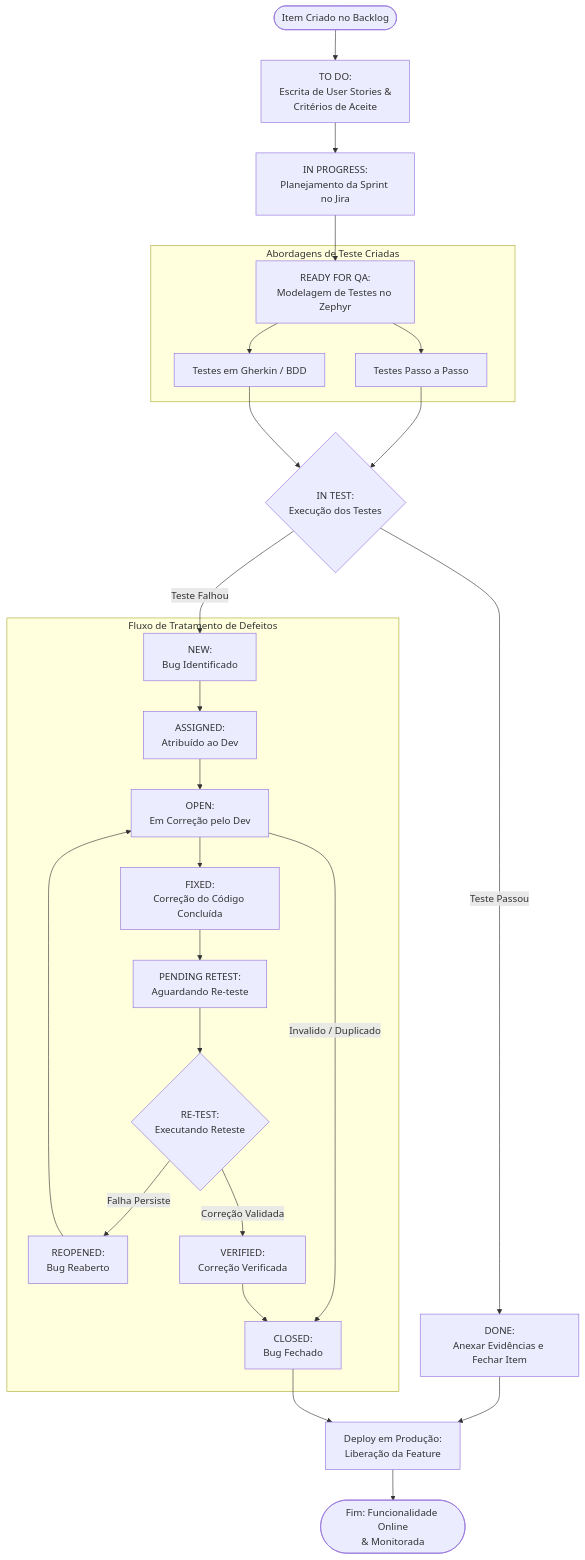
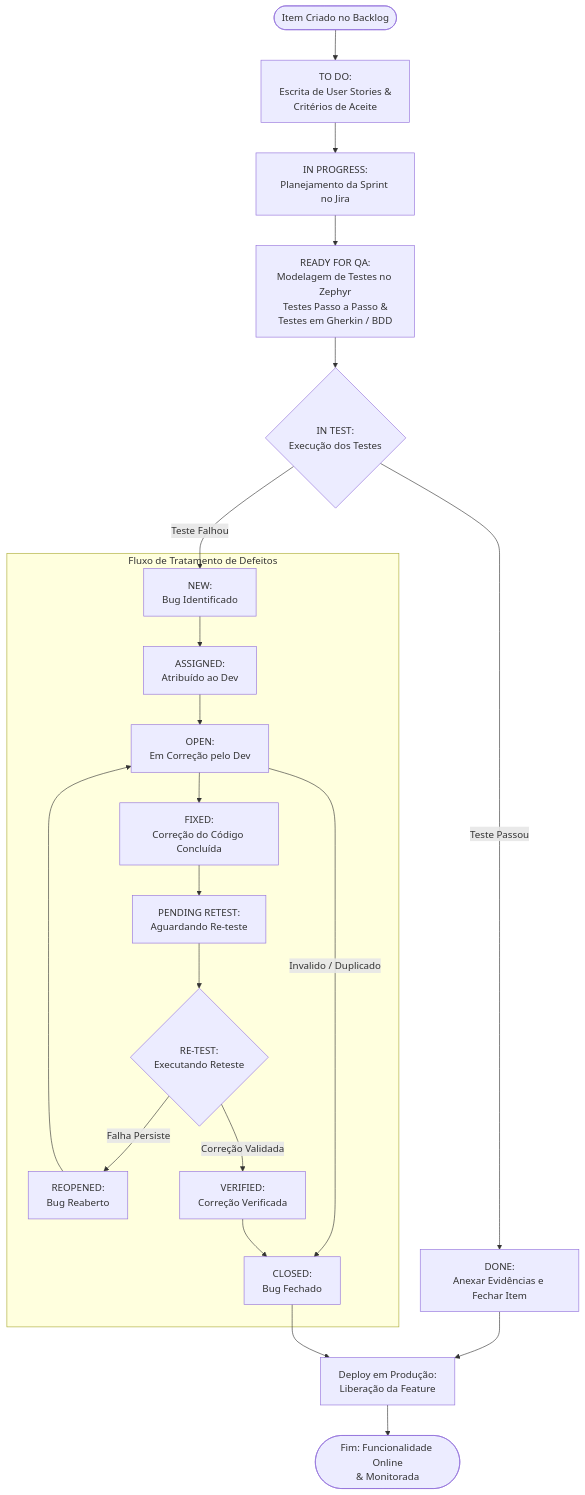
One commit to joaozanca/curso-QA-dio changed the diagram in README.md. Above: the diagram before and after it, drawn with Mermaid.

Commit message:
Projeto finalizado

````diff
--- a/README.md
+++ b/README.md
@@ -48,38 +48,32 @@
 ```mermaid
 graph TD
     Start([Item Criado no Backlog]) --> Passo1[TO DO:<br>Escrita de User Stories &<br>Critérios de Aceite]
     Passo1 --> Passo2[IN PROGRESS:<br>Planejamento da Sprint no Jira]
-    Passo2 --> Passo3[READY FOR QA:<br>Modelagem de Testes no Zephyr]
+    Passo2 --> Passo3[READY FOR QA:<br>Modelagem de Testes no Zephyr<br>Testes Passo a Passo &<br>Testes em Gherkin / BDD]
     
-    subgraph Zephyr_Design [Abordagens de Teste Criadas]
-        Passo3 --> CT_Manual[Testes Passo a Passo]
-        Passo3 --> CT_BDD[Testes em Gherkin / BDD]
-    end
-
-    CT_Manual --> Execucao{IN TEST:<br>Execução dos Testes}
-    CT_BDD --> Execucao
+    Passo3 --> Execucao{IN TEST:<br>Execução dos Testes}
 
     Execucao -- Teste Passou --> Evidencia[DONE:<br>Anexar Evidências e Fechar Item]
     Execucao -- Teste Falhou --> NewBug[NEW:<br>Bug Identificado]
 
     subgraph Ciclo_de_Vida_do_Bug [Fluxo de Tratamento de Defeitos]
         NewBug --> Assigned[ASSIGNED:<br>Atribuído ao Dev]
         Assigned --> OpenBug[OPEN:<br>Em Correção pelo Dev]
         
         OpenBug -- Invalido / Duplicado --> ClosedBug[CLOSED:<br>Bug Fechado]
         
         OpenBug --> Fixed[FIXED:<br>Correção do Código Concluída]
         Fixed --> PendingRetest[PENDING RETEST:<br>Aguardando Re-teste]
         PendingRetest --> ReTest{RE-TEST:<br>Executando Reteste}
         
         ReTest -- Falha Persiste --> ReOpened[REOPENED:<br>Bug Reaberto]
         ReOpened --> OpenBug
         
         ReTest -- Correção Validada --> Verified[VERIFIED:<br>Correção Verificada]
         Verified --> ClosedBug
     end
 
     Evidencia --> Deploy[Deploy em Produção:<br>Liberação da Feature]
     ClosedBug --> Deploy
     Deploy --> End([Fim: Funcionalidade Online<br>& Monitorada])
 ```
````
